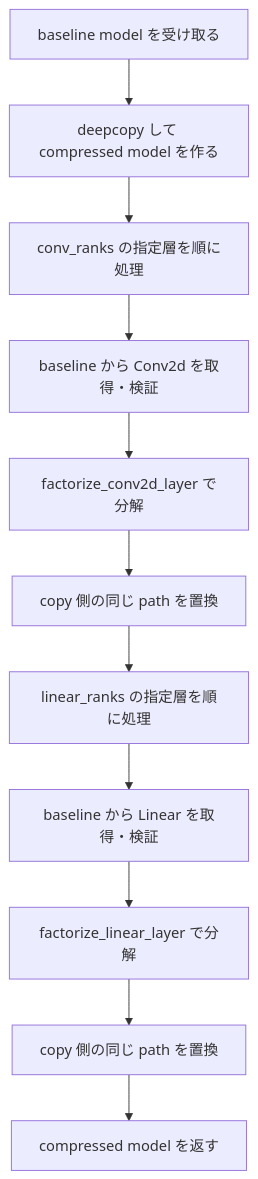
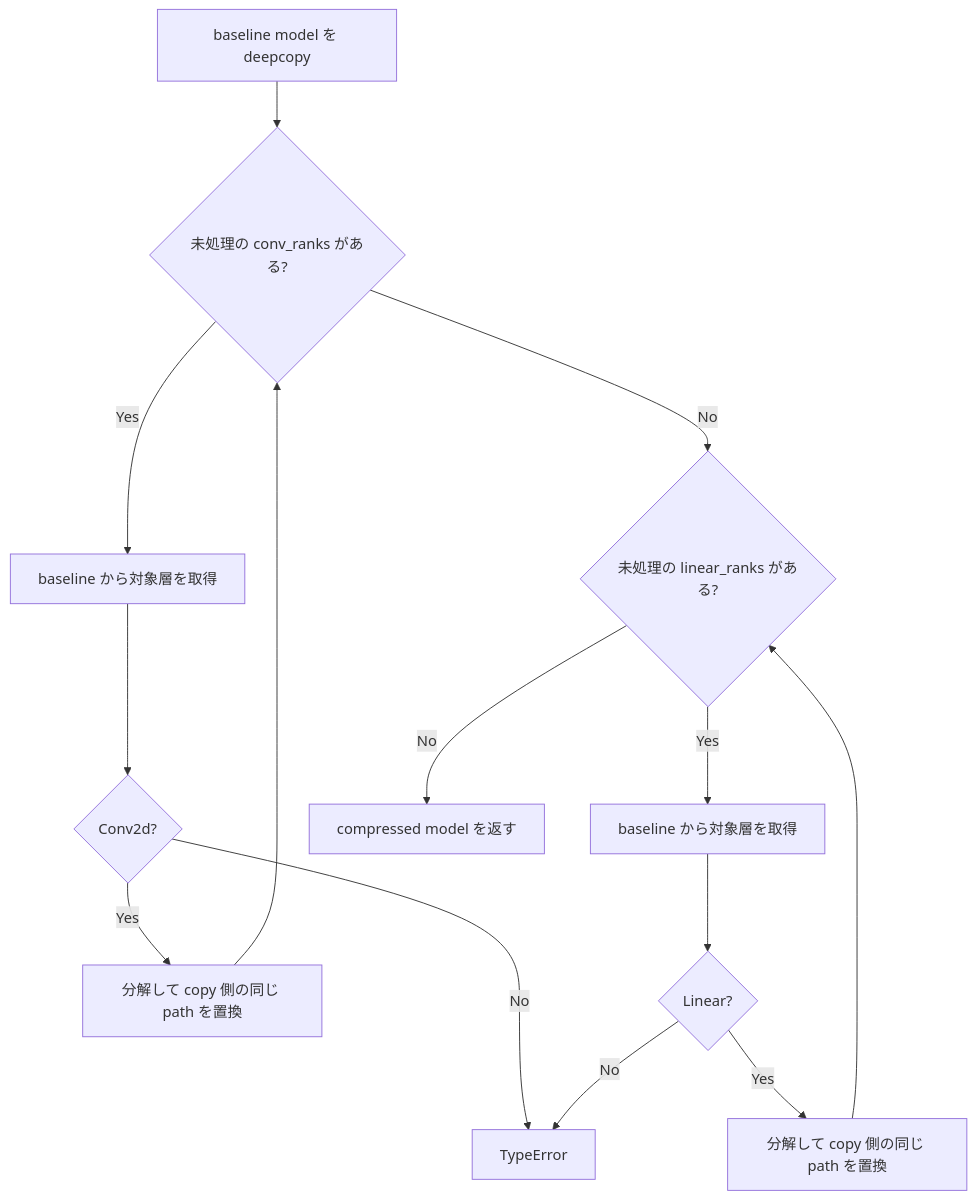
One commit to astrare2480/nn-compression-svd-dmrg changed the first of 3 diagrams in docs/07_src設計/05_Core_API_v1/compression/factorize_named_layers.md. Above: the diagram before and after it, drawn with Mermaid. The commit also changed other lines of this file, not shown here.

Commit message:
docs: refine factorize_named_layers flowchart

````diff
--- a/docs/07_src設計/05_Core_API_v1/compression/factorize_named_layers.md
+++ b/docs/07_src設計/05_Core_API_v1/compression/factorize_named_layers.md
@@ -53,13 +53,19 @@
 ```mermaid
 flowchart TD
-    A["baseline model を受け取る"] --> B["deepcopy して compressed model を作る"]
-    B --> C["conv_ranks の指定層を順に処理"]
-    C --> D["baseline から Conv2d を取得・検証"]
-    D --> E["factorize_conv2d_layer で分解"]
-    E --> F["copy 側の同じ path を置換"]
-    F --> G["linear_ranks の指定層を順に処理"]
-    G --> H["baseline から Linear を取得・検証"]
-    H --> I["factorize_linear_layer で分解"]
-    I --> J["copy 側の同じ path を置換"]
-    J --> K["compressed model を返す"]
+    A["baseline model を deepcopy"] --> B{"未処理の conv_ranks がある?"}
+
+    B -- Yes --> C["baseline から対象層を取得"]
+    C --> D{"Conv2d?"}
+    D -- No --> X["TypeError"]
+    D -- Yes --> E["分解して copy 側の同じ path を置換"]
+    E --> B
+
+    B -- No --> F{"未処理の linear_ranks がある?"}
+    F -- Yes --> G["baseline から対象層を取得"]
+    G --> H{"Linear?"}
+    H -- No --> X
+    H -- Yes --> I["分解して copy 側の同じ path を置換"]
+    I --> F
+
+    F -- No --> J["compressed model を返す"]
 ```
````
